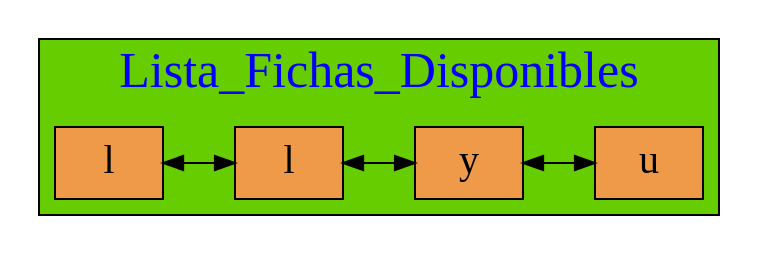
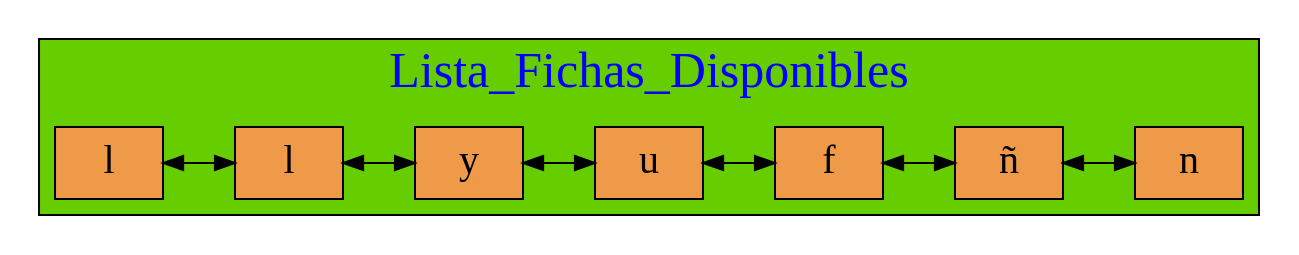
Before and after one commit to mariotun/EDD_1S2020_PY1_201602942: the diagram in Graficas/LD_Fichas_Jugador.dot, drawn with Graphviz. The commit also changed 25 other files, not shown here.

```diff
--- a/Graficas/LD_Fichas_Jugador.dot
+++ b/Graficas/LD_Fichas_Jugador.dot
@@ -1,29 +1,35 @@
 digraph Lista_Doble{
 
 graph[ranksep= "0.5",nodesep= "0.5"];
 node[fontcolor=black shape=box style=filled fillcolor=tan2 fontsize=20];
 
 subgraph cluster_1 {
 
 fontname=algerian
 fontsize=25;
 label="Lista_Fichas_Disponibles";
 fontcolor=blue
 style=filled
 fillcolor=chartreuse3
 labelloc=t;{rank=same;
-25770478784[label=" l"];
-25770478832[label=" l"];
-25770478880[label=" y"];
-25770479072[label=" u"];
+25770488768[label=" l"];
+25770488816[label=" l"];
+25770488864[label=" y"];
+25770489056[label=" u"];
+25770481328[label=" f"];
+25770481376[label=" ñ"];
+25770481424[label=" n"];
 };
 
-25770478784->
-25770478832->
-25770478880->
-25770479072
+25770488768->
+25770488816->
+25770488864->
+25770489056->
+25770481328->
+25770481376->
+25770481424
 [dir=both  color=black];
 
  }
 
 }
```
